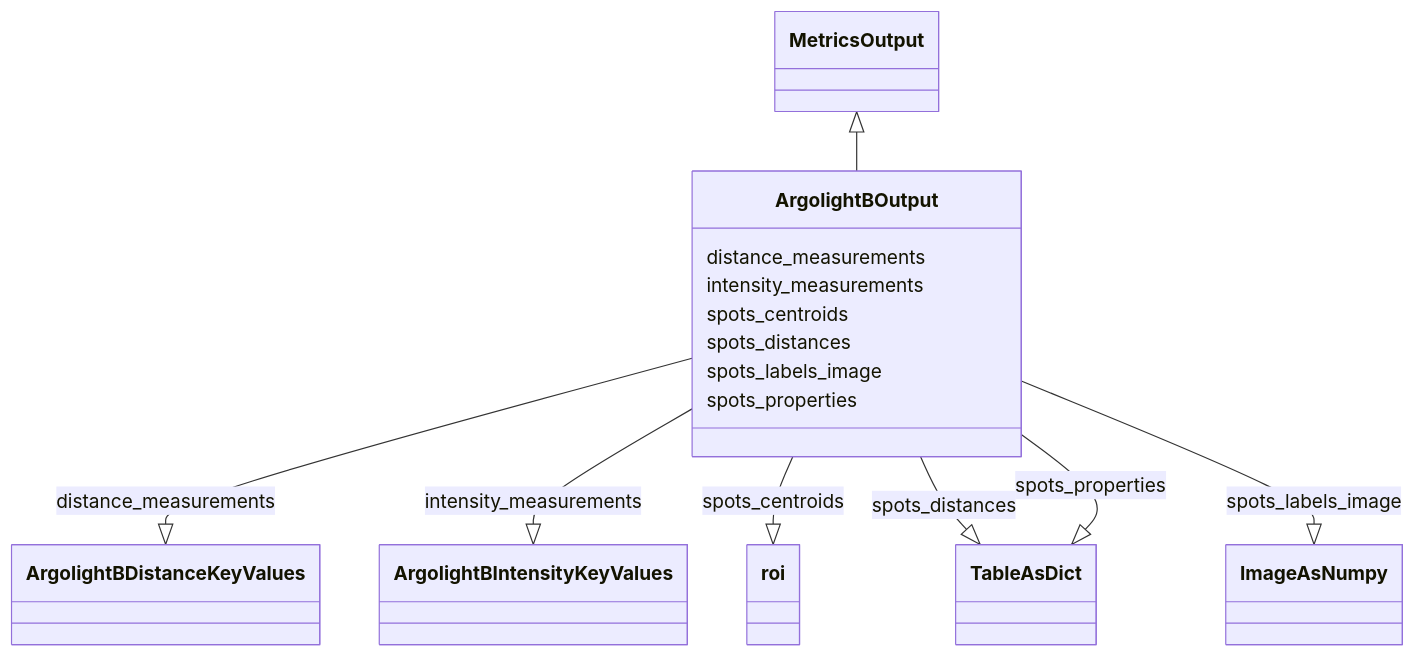
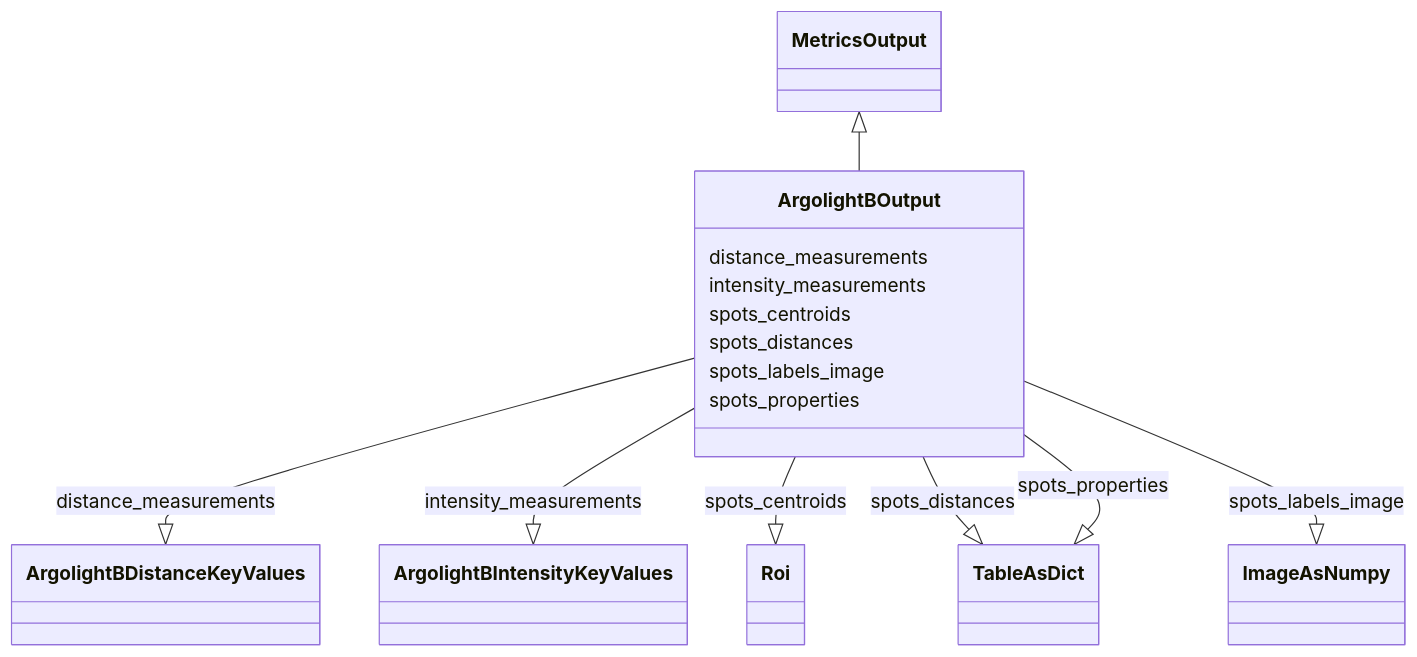
The diagram in docs/schema/samples/ArgolightBOutput.md (juliomateoslangerak/microscope-metrics), drawn with Mermaid before and after one commit. The commit also changed other lines of this file and 146 other files, not shown here.

````diff
--- a/docs/schema/samples/ArgolightBOutput.md
+++ b/docs/schema/samples/ArgolightBOutput.md
@@ -10,31 +10,31 @@
 ```mermaid
  classDiagram
     class ArgolightBOutput
       MetricsOutput <|-- ArgolightBOutput
       
       ArgolightBOutput : distance_measurements
         
           ArgolightBOutput --|> ArgolightBDistanceKeyValues : distance_measurements
         
       ArgolightBOutput : intensity_measurements
         
           ArgolightBOutput --|> ArgolightBIntensityKeyValues : intensity_measurements
         
       ArgolightBOutput : spots_centroids
         
-          ArgolightBOutput --|> roi : spots_centroids
+          ArgolightBOutput --|> Roi : spots_centroids
         
       ArgolightBOutput : spots_distances
         
           ArgolightBOutput --|> TableAsDict : spots_distances
         
       ArgolightBOutput : spots_labels_image
         
           ArgolightBOutput --|> ImageAsNumpy : spots_labels_image
         
       ArgolightBOutput : spots_properties
         
           ArgolightBOutput --|> TableAsDict : spots_properties
         
       
 ```
````
